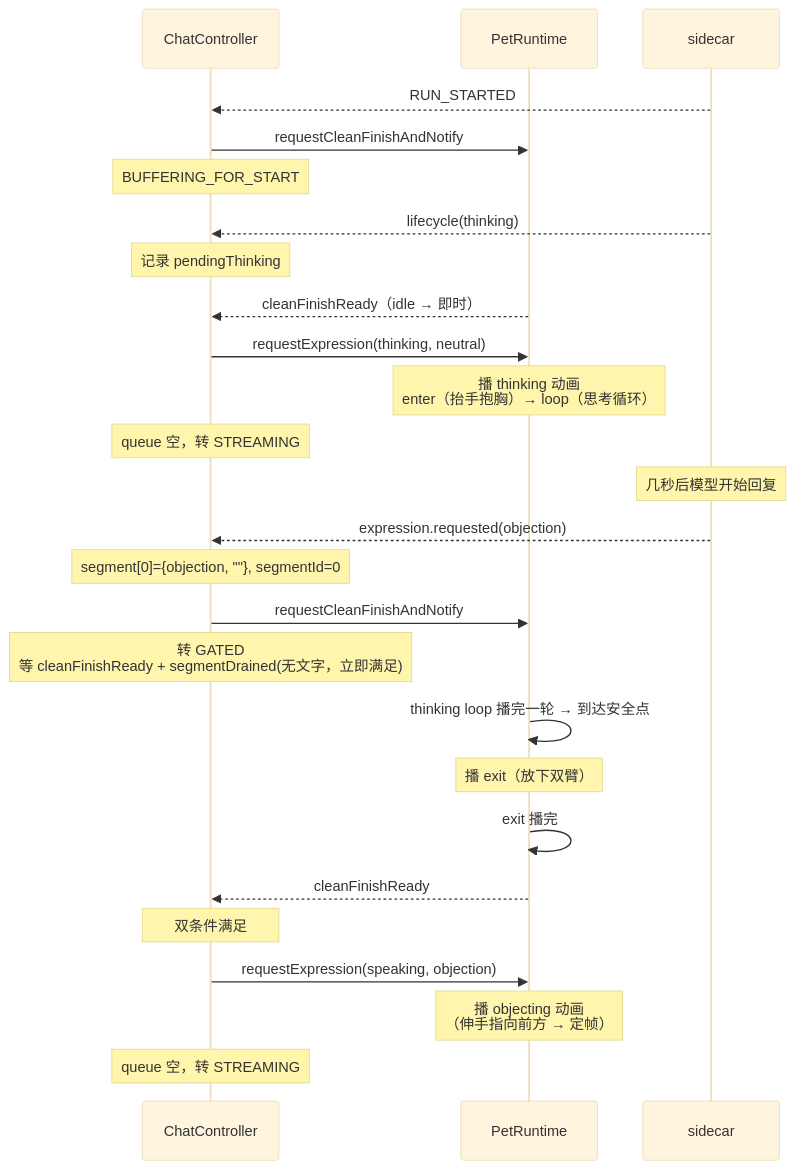
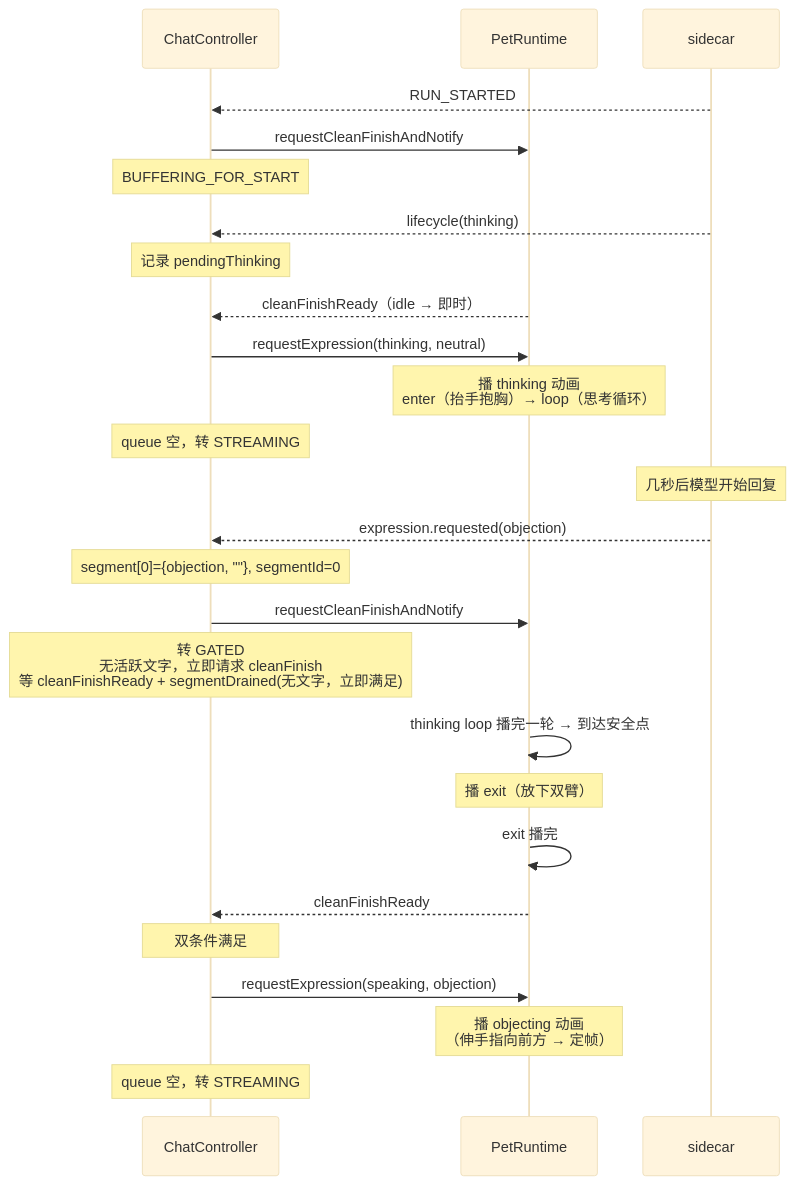
The fourth of 4 diagrams in docs/v2/设计方案/AI 聊天动画编排设计.md (tiantian180/MilesEdgeworth), drawn with Mermaid (base theme) before and after one commit. The commit also changed other lines of this file and 1 other file, not shown here.

Commit message:
docs: 明确聊天 cleanFinish 请求时机

````diff
--- a/docs/v2/设计方案/AI 聊天动画编排设计.md
+++ b/docs/v2/设计方案/AI 聊天动画编排设计.md
@@ -616,34 +624,34 @@
 ```mermaid
 sequenceDiagram
     participant CC as ChatController
     participant PR as PetRuntime
     participant SC as sidecar
 
     SC-->>CC: RUN_STARTED
     CC->>PR: requestCleanFinishAndNotify
     Note over CC: BUFFERING_FOR_START
 
     SC-->>CC: lifecycle(thinking)
     Note over CC: 记录 pendingThinking
 
     PR-->>CC: cleanFinishReady（idle → 即时）
     CC->>PR: requestExpression(thinking, neutral)
     Note over PR: 播 thinking 动画<br/>enter（抬手抱胸）→ loop（思考循环）
     Note over CC: queue 空，转 STREAMING
 
     Note over SC: 几秒后模型开始回复
     SC-->>CC: expression.requested(objection)
     Note over CC: segment[0]={objection, ""}, segmentId=0
     CC->>PR: requestCleanFinishAndNotify
-    Note over CC: 转 GATED<br/>等 cleanFinishReady + segmentDrained(无文字，立即满足)
+    Note over CC: 转 GATED<br/>无活跃文字，立即请求 cleanFinish<br/>等 cleanFinishReady + segmentDrained(无文字，立即满足)
 
     PR->>PR: thinking loop 播完一轮 → 到达安全点
     Note over PR: 播 exit（放下双臂）
     PR->>PR: exit 播完
     PR-->>CC: cleanFinishReady
     Note over CC: 双条件满足
 
     CC->>PR: requestExpression(speaking, objection)
     Note over PR: 播 objecting 动画<br/>（伸手指向前方 → 定帧）
     Note over CC: queue 空，转 STREAMING
 ```
````
